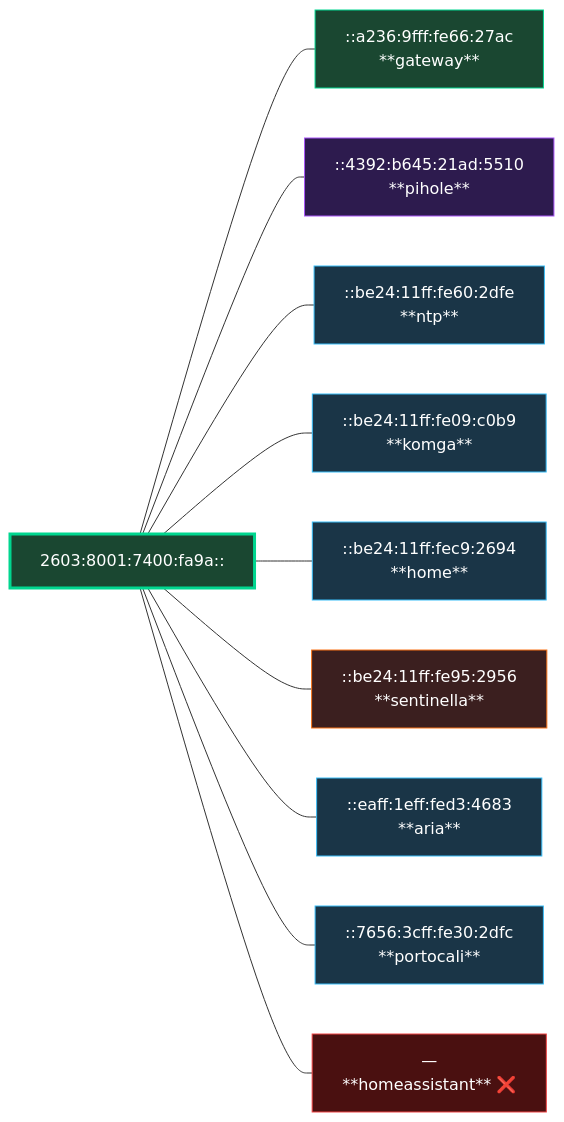
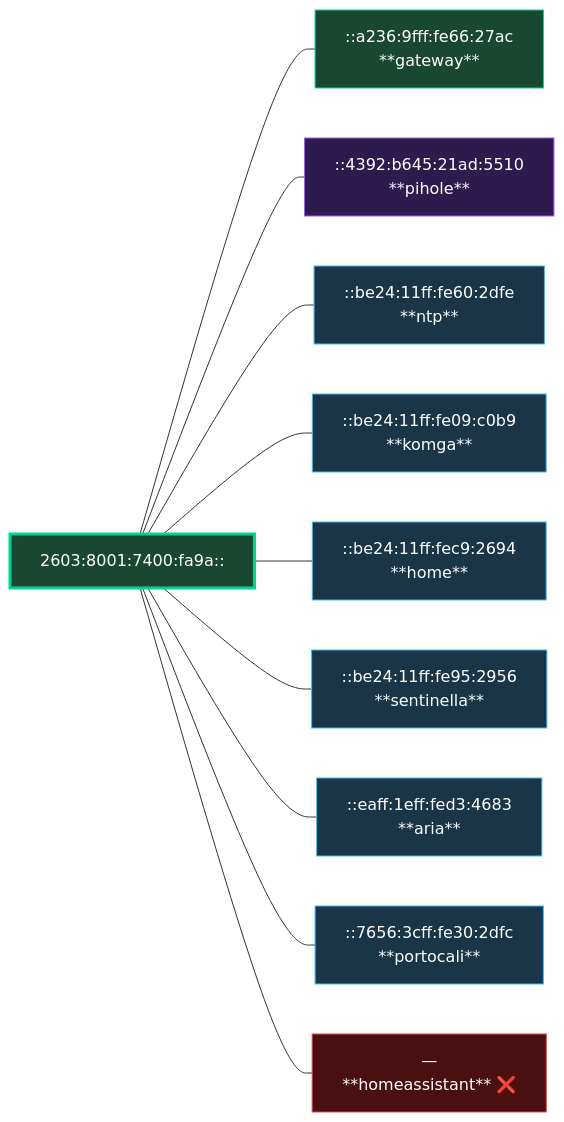
One commit to ParkWardRR/server.alpina-cleanup changed the third of 5 diagrams in docs/network-diagram.md. Above: the diagram before and after it, drawn with Mermaid. The commit also changed other lines of this file, not shown here.

First line of the commit message:
Fix sentinella diagram color to blue (dual-stack)

````diff
--- a/docs/network-diagram.md
+++ b/docs/network-diagram.md
@@ -187,34 +186,34 @@
 ```mermaid
 graph LR
     PREFIX["2603:8001:7400:fa9a::"]
 
     PREFIX --- G["::a236:9fff:fe66:27ac
     **gateway**"]
     PREFIX --- P["::4392:b645:21ad:5510
     **pihole**"]
     PREFIX --- N["::be24:11ff:fe60:2dfe
     **ntp**"]
     PREFIX --- K["::be24:11ff:fe09:c0b9
     **komga**"]
     PREFIX --- H["::be24:11ff:fec9:2694
     **home**"]
     PREFIX --- S["::be24:11ff:fe95:2956
     **sentinella**"]
     PREFIX --- A["::eaff:1eff:fed3:4683
     **aria**"]
     PREFIX --- PO["::7656:3cff:fe30:2dfc
     **portocali**"]
     PREFIX --- HA["—
     **homeassistant** ❌"]
 
     style PREFIX fill:#1a4731,stroke:#00d68f,color:#fff,stroke-width:3px
     style G fill:#1a4731,stroke:#00d68f,color:#fff
     style P fill:#2d1b4e,stroke:#a855f7,color:#fff
     style N fill:#1a3547,stroke:#38bdf8,color:#fff
     style K fill:#1a3547,stroke:#38bdf8,color:#fff
     style H fill:#1a3547,stroke:#38bdf8,color:#fff
-    style S fill:#3b1f1f,stroke:#f97316,color:#fff
+    style S fill:#1a3547,stroke:#38bdf8,color:#fff
     style A fill:#1a3547,stroke:#38bdf8,color:#fff
     style PO fill:#1a3547,stroke:#38bdf8,color:#fff
     style HA fill:#4a1010,stroke:#ef4444,color:#fff
 ```
````
